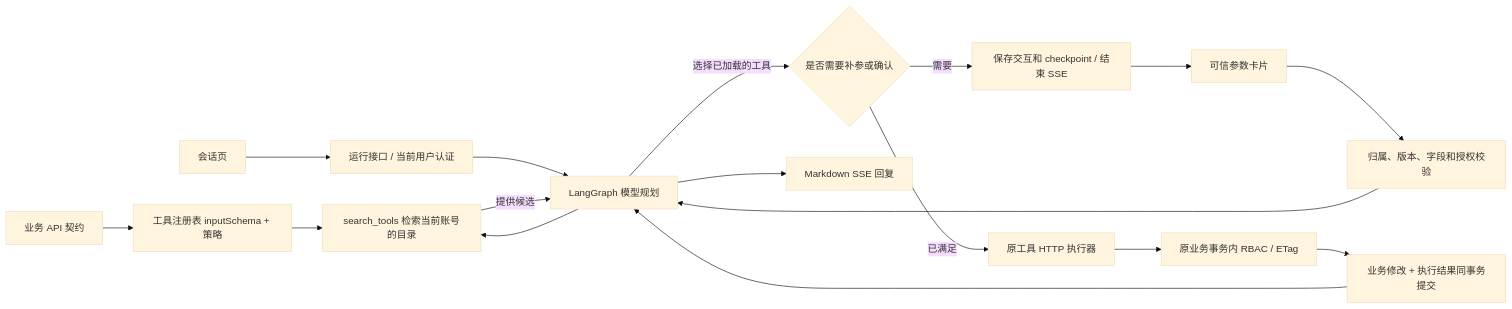
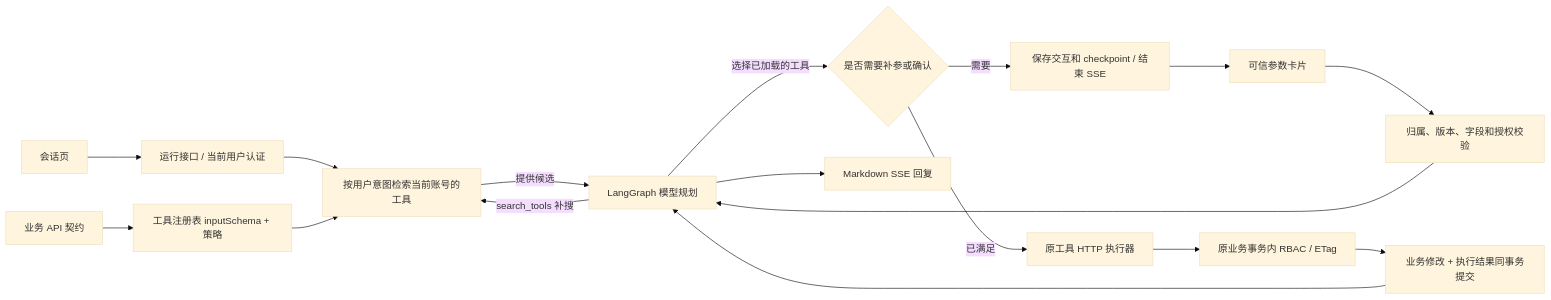
The diagram in agent_permissions/docs/agent-hitl.md (GHjiejie/Z), drawn with Mermaid (base theme) before and after one commit. The commit also changed other lines of this file and 12 other files, not shown here.

````diff
--- a/agent_permissions/docs/agent-hitl.md
+++ b/agent_permissions/docs/agent-hitl.md
@@ -23,19 +23,19 @@
 ```mermaid
 flowchart LR
     API[业务 API 契约] --> Registry[工具注册表 inputSchema + 策略]
     UI[会话页] --> Runs[运行接口 / 当前用户认证]
-    Runs --> Graph[LangGraph 模型规划]
-    Graph --> Find[search_tools 检索当前账号的目录]
+    Runs --> Find[按用户意图检索当前账号的工具]
+    Graph[LangGraph 模型规划] -->|search_tools 补搜| Find
     Registry --> Find
     Find -->|提供候选| Graph
     Graph -->|选择已加载的工具| Gate{是否需要补参或确认}
     Gate -->|需要| Wait[保存交互和 checkpoint / 结束 SSE]
     Wait --> Form[可信参数卡片]
     Form --> Resume[归属、版本、字段和授权校验]
     Resume --> Graph
     Gate -->|已满足| Tool[原工具 HTTP 执行器]
     Tool --> RBAC[原业务事务内 RBAC / ETag]
     RBAC --> Receipt[业务修改 + 执行结果同事务提交]
     Receipt --> Graph
     Graph --> Text[Markdown SSE 回复]
 ```
````
